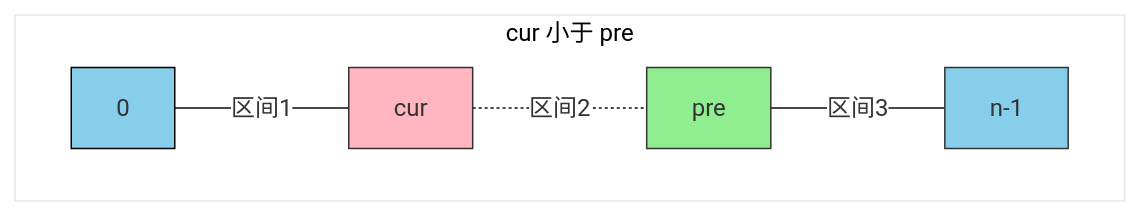
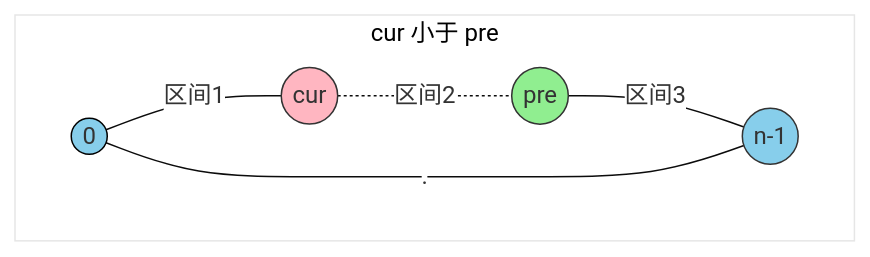
The third of 5 diagrams in solutions/2659.mermaid.md (tianxia1221/Algorithm), drawn with Mermaid before and after one commit. The commit also changed other lines of this file, not shown here.

Commit message:
mermaid 2659

````diff
--- a/solutions/2659.mermaid.md
+++ b/solutions/2659.mermaid.md
@@ -38,17 +56,18 @@
 ```mermaid
 %%{init: {'theme': 'base', 'themeVariables': { 'primaryColor': '#fff', 'axisColor': '#000'}}}%%
 graph LR
     subgraph cur 小于 pre
         direction LR
 
     
         style 0 fill:#87CEEB,stroke:#000
         style cur fill:#FFB6C1,stroke:#333
         style pre fill:#90EE90,stroke:#333
         style n-1 fill:#87CEEB,stroke:#333
         
-        0 --- |区间1| cur
-        cur -.- |区间2| pre
-        pre --- |区间3| n-1
+        0((0)) --- |区间1| cur((cur))
+        cur -.- |区间2| pre((pre))                  
+        pre --- |区间3| n-1((n-1))
+        n-1 --- |.| 0
     end
 ```
````
